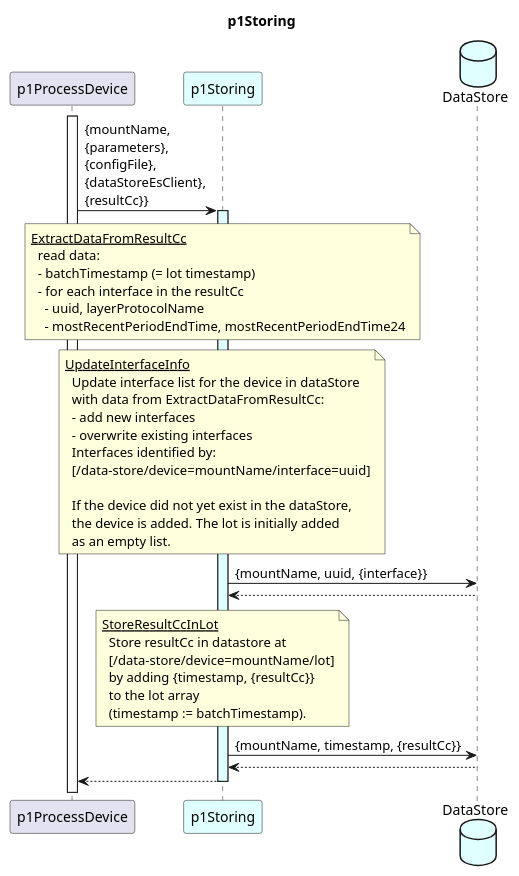
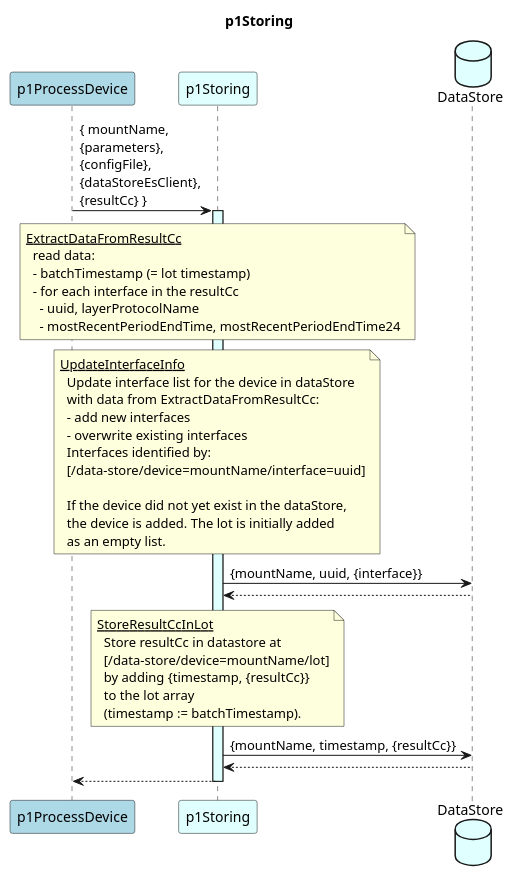
Before and after one commit to openBackhaul/DevicePerformanceManagementDataProcessor: the diagram in spec/Functions/p1StreamPmData/p1ProcessDevice/p1Storing/1.0.0/p1Storing.plantuml, drawn with PlantUML. The commit also changed 4 other files, not shown here.

```diff
--- a/spec/Functions/p1StreamPmData/p1ProcessDevice/p1Storing/1.0.0/p1Storing.plantuml
+++ b/spec/Functions/p1StreamPmData/p1ProcessDevice/p1Storing/1.0.0/p1Storing.plantuml
@@ -1,58 +1,56 @@
 @startuml p1Storing
 skinparam responseMessageBelowArrow true
 
 title
   p1Storing
 end title
 
-participant "p1ProcessDevice" as requestor
+participant "p1ProcessDevice" as requestor #LightBlue
 participant "p1Storing" as cur #LightCyan
 database "DataStore" as ds #LightCyan
 
 
-activate requestor
-
-requestor -> cur : {mountName,\n{parameters},\n{configFile},\n{dataStoreEsClient},\n{resultCc}}
+requestor -> cur : { mountName,\n{parameters},\n{configFile},\n{dataStoreEsClient},\n{resultCc} }
 activate cur #LightCyan
 
   note over cur
     <u>ExtractDataFromResultCc</u>
       read data:
       - batchTimestamp (= lot timestamp)
       - for each interface in the resultCc
         - uuid, layerProtocolName
         - mostRecentPeriodEndTime, mostRecentPeriodEndTime24
   end note
 
   note over cur
     <u>UpdateInterfaceInfo</u>
       Update interface list for the device in dataStore
       with data from ExtractDataFromResultCc:
       - add new interfaces
       - overwrite existing interfaces
       Interfaces identified by:
       [/data-store/device=mountName/interface=uuid]
 
       If the device did not yet exist in the dataStore,
       the device is added. The lot is initially added
       as an empty list.
   end note
   cur -> ds: {mountName, uuid, {interface}}
   cur <-- ds
 
   note over cur
     <u>StoreResultCcInLot</u>
       Store resultCc in datastore at
       [/data-store/device=mountName/lot]
       by adding {timestamp, {resultCc}}
       to the lot array
       (timestamp := batchTimestamp).
   end note
   cur -> ds: {mountName, timestamp, {resultCc}}
   cur <-- ds
 
 requestor <-- cur
 
 deactivate cur
 
 @enduml
```
